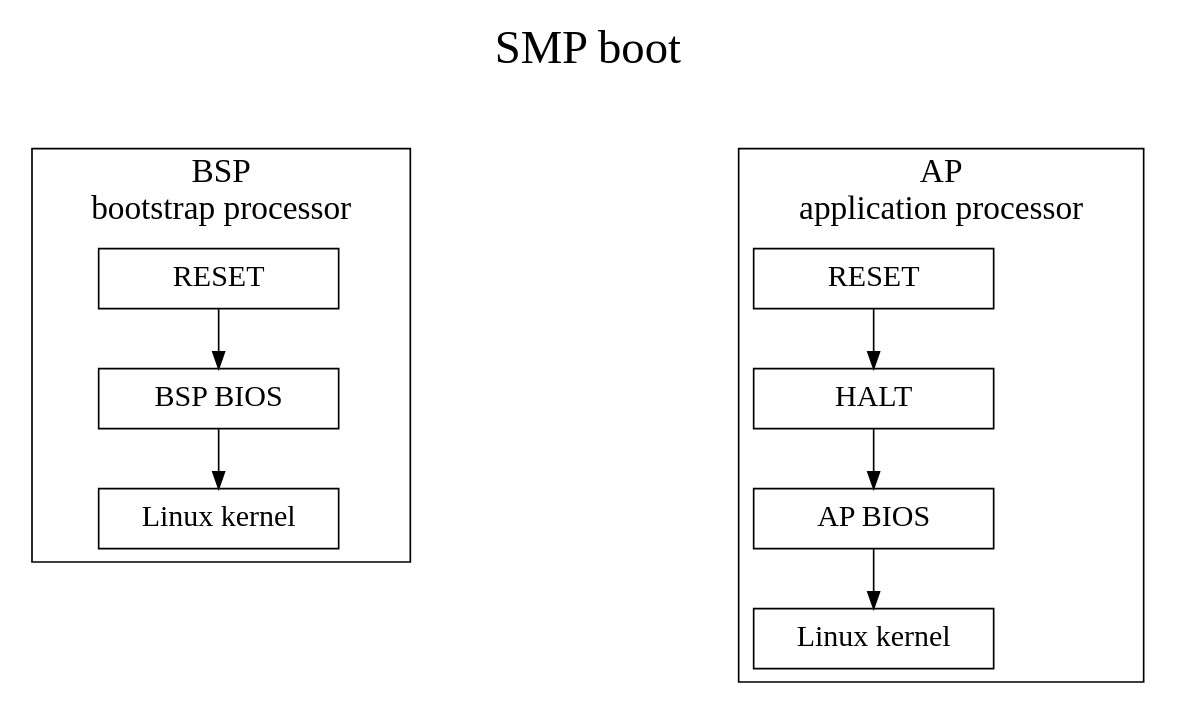
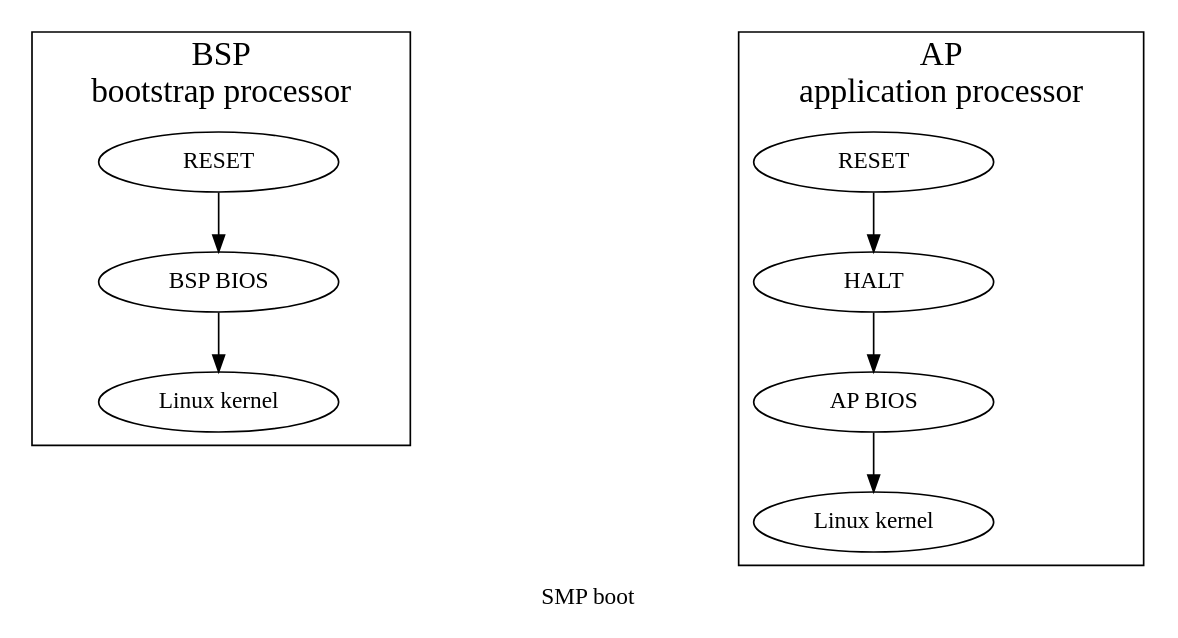
The diagram in smp.gv (fengharry/draw), drawn with Graphviz before and after one commit. The commit also changed 17 other files, not shown here.

```diff
--- a/smp.gv
+++ b/smp.gv
@@ -1,28 +1,27 @@
-digraph smp{
-	node[shape = box; fontsize = 18; width = 2];
-	label = "SMP boot\n "; fontsize = 28; labelloc = t;
-	ranksep = 0.5;
+digraph hello{
+	graph[label = "SMP boot\n"]; 
+	node[width = 2];
 
 	subgraph cluster0{
 		label = "BSP \n bootstrap processor"; fontsize = 20;
 		reset1[label = "RESET"];
 		bios1[label = "BSP BIOS"];	
 		kernel1[label = "Linux kernel"];
 
 		reset1 -> bios1 -> kernel1;
 	}
 
 	test1[width = 2.5; style = invis];
 
 	subgraph cluster1{
 		label = "AP \n application processor"; fontsize = 20;
 
 		reset2[label = "RESET"]; 
 		bios2[label = "AP BIOS"];
 		halt2[label = "HALT"];
 		kernel2[label = "Linux kernel"];
 
 		reset2 -> halt2 -> bios2 -> kernel2;
 	}
 
 }
```
